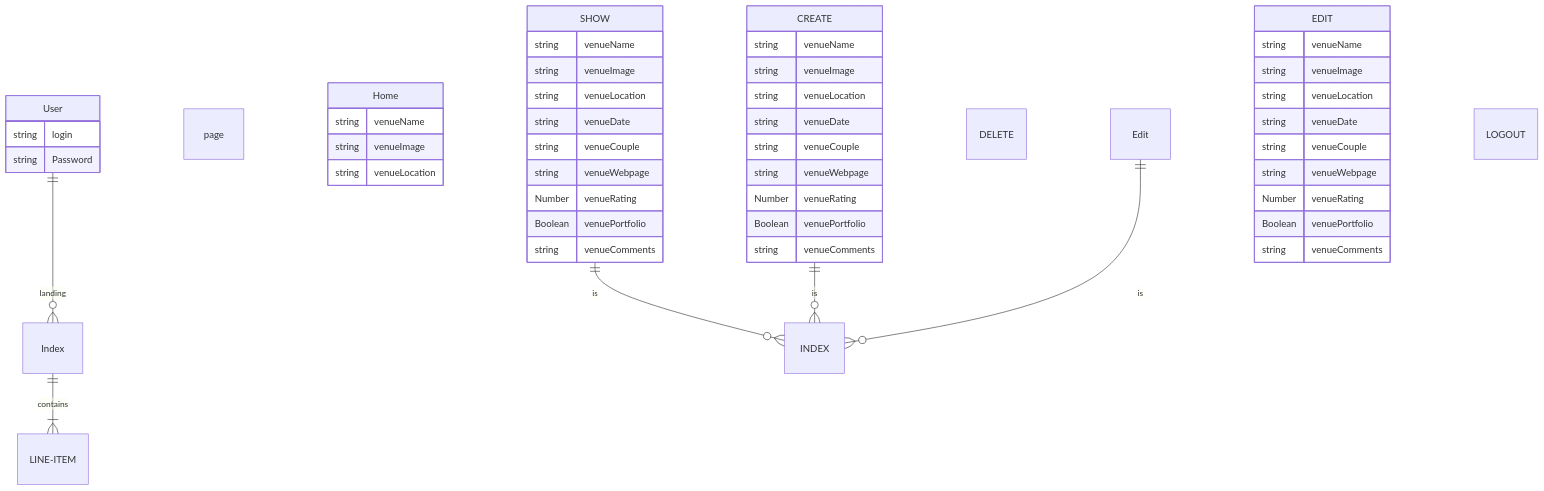
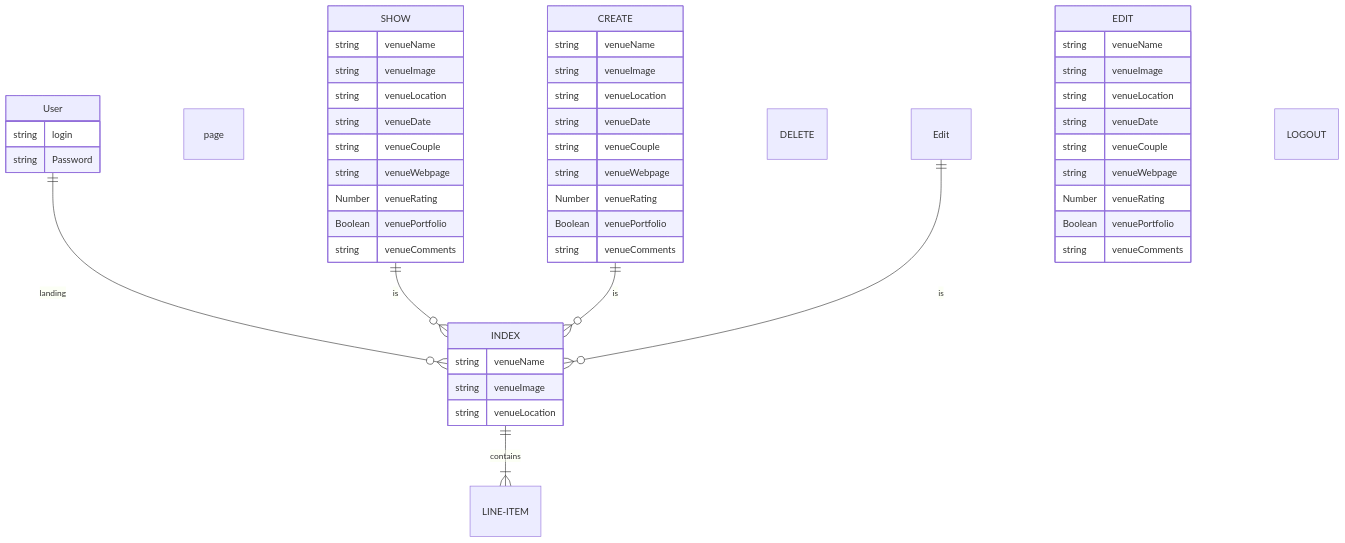
Before and after one commit to adriancgarcia/project2-photo-assistant: the diagram in readme.md, drawn with Mermaid.

````diff
--- a/readme.md
+++ b/readme.md
@@ -41,59 +41,59 @@
 ``` mermaid
 erDiagram
-    User ||--o{ Index: landing page
+    User ||--o{ INDEX: landing page
     User {
         string login
         string Password
     }
-    Index ||--|{ LINE-ITEM : contains
-    Home {
+    INDEX ||--|{ LINE-ITEM : contains
+    INDEX {
         string venueName
         string venueImage
         string venueLocation
     }
     SHOW || --o{ INDEX : is
     SHOW{
         string venueName
         string venueImage
         string venueLocation
         string venueDate
         string venueCouple
         string venueWebpage
         Number venueRating
         Boolean venuePortfolio
         string venueComments
     }
     CREATE || --o{ INDEX : is
     CREATE {
         string venueName
         string venueImage
         string venueLocation
         string venueDate
         string venueCouple
         string venueWebpage
         Number venueRating
         Boolean venuePortfolio
         string venueComments
     }
     DELETE {
 
 
     }
     Edit || --o{ INDEX : is
     EDIT {
         string venueName
         string venueImage
         string venueLocation
         string venueDate
         string venueCouple
         string venueWebpage
         Number venueRating
         Boolean venuePortfolio
         string venueComments
     }
     LOGOUT{
 
     }
     
 
 ```
````
